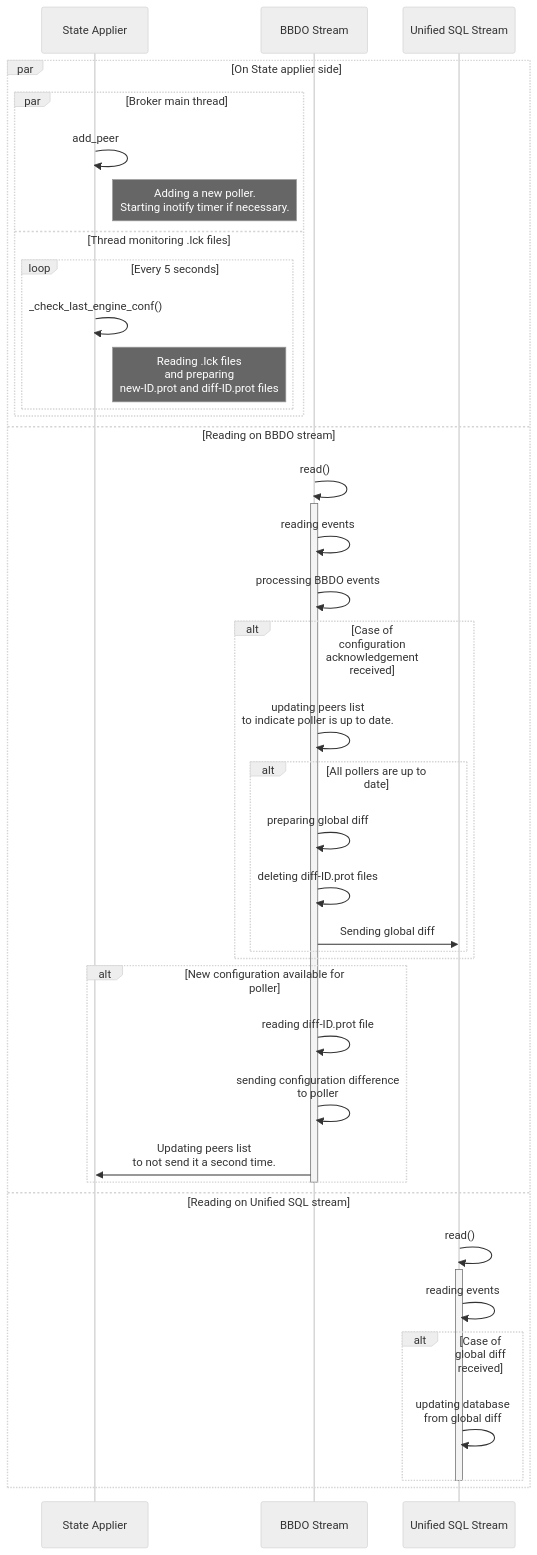
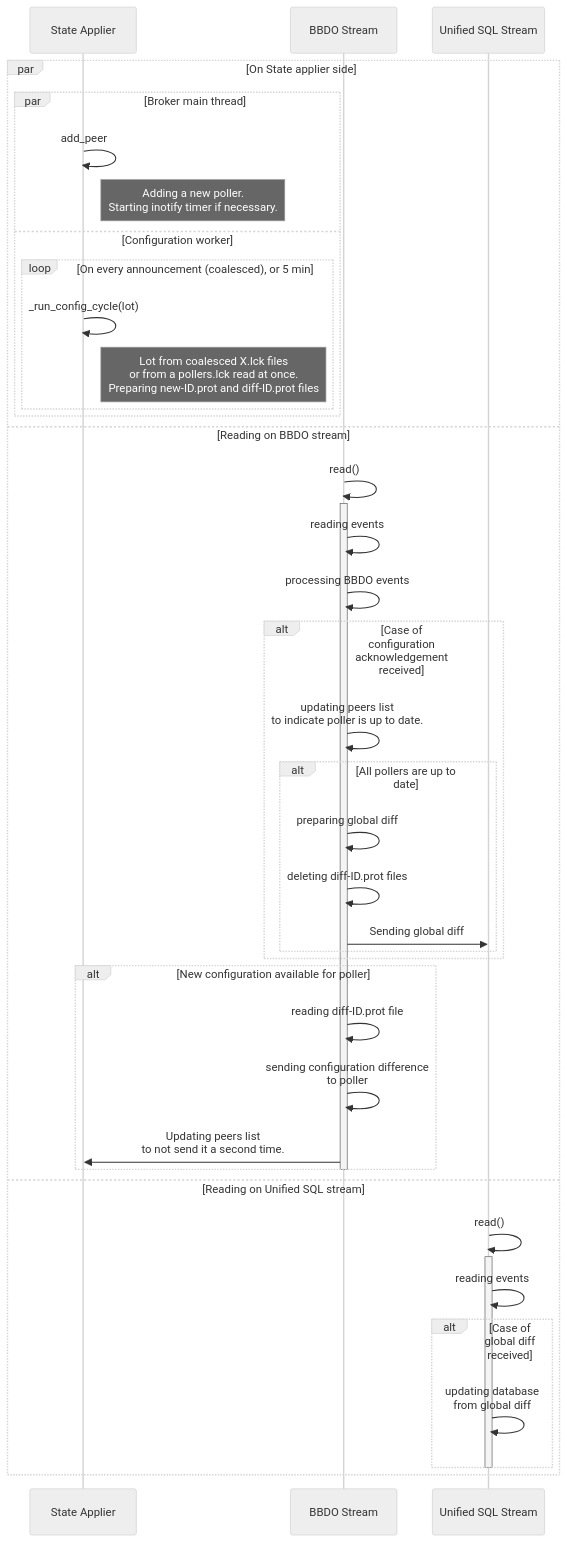
Before and after one commit to centreon/centreon-collect: diagram 17 of 43 in doc/nego-engine-broker-en.md, drawn with Mermaid (neutral theme). The commit also changed other lines of this file and 4 other files, not shown here.

First line of the commit message:
enh(broker): engine conf watcher code simplified

````diff
--- a/doc/nego-engine-broker-en.md
+++ b/doc/nego-engine-broker-en.md
@@ -1632,45 +1680,45 @@
 ```mermaid
 sequenceDiagram
 participant S as State Applier
 participant BBDO as BBDO Stream
 participant USQL as Unified SQL Stream
 
 par On State applier side
     par Broker main thread
     S ->> S: add_peer
     note right of S: Adding a new poller.<br/>Starting inotify timer if necessary.
-    and Thread monitoring .lck files
-        loop Every 5 seconds
-            S ->> S: _check_last_engine_conf()
-            note right of S: Reading .lck files<br/>and preparing<br/>new-ID.prot and diff-ID.prot files
+    and Configuration worker
+        loop On every announcement (coalesced), or 5 min
+            S ->> S: _run_config_cycle(lot)
+            note right of S: Lot from coalesced X.lck files<br/>or from a pollers.lck read at once.<br/>Preparing new-ID.prot and diff-ID.prot files
         end
     end
 and Reading on BBDO stream
     BBDO ->> BBDO: read()
     activate BBDO
     BBDO ->> BBDO: reading events
     BBDO ->> BBDO: processing BBDO events
     alt Case of configuration acknowledgement received
         BBDO ->> BBDO: updating peers list<br/>to indicate poller is up to date.
         alt All pollers are up to date
             BBDO ->> BBDO: preparing global diff
             BBDO ->> BBDO: deleting diff-ID.prot files
             BBDO ->> USQL: Sending global diff
         end
     end
     alt New configuration available for poller
     BBDO ->> BBDO: reading diff-ID.prot file
     BBDO ->> BBDO: sending configuration difference<br/>to poller
     BBDO ->> S: Updating peers list<br/>to not send it a second time.
     end
     deactivate BBDO
 and Reading on Unified SQL stream
     USQL ->> USQL: read()
     activate USQL
     USQL ->> USQL: reading events
     alt Case of global diff received
         USQL ->> USQL: updating database<br/>from global diff
     end
     deactivate USQL
 end
 ```
````
